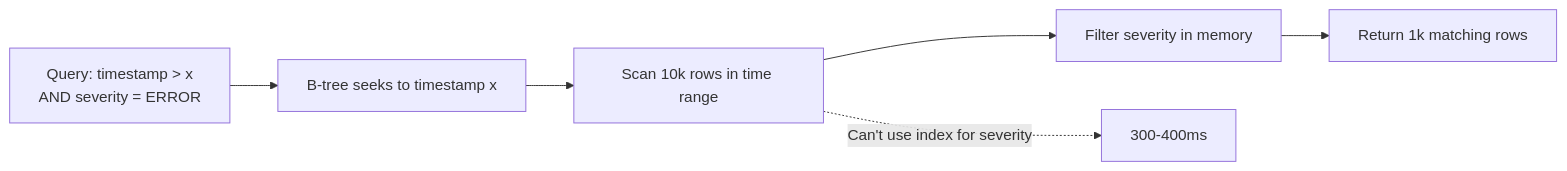
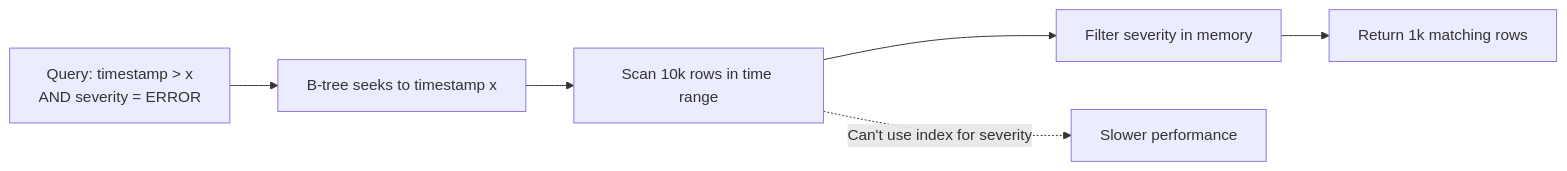
One commit to tuyentranba/log-management-dashboard changed the seventh of 12 diagrams in docs/technical_spec.md. Above: the diagram before and after it, drawn with Mermaid. The commit also changed other lines of this file, not shown here.

````diff
--- a/docs/technical_spec.md
+++ b/docs/technical_spec.md
@@ -239,8 +239,8 @@
 ```mermaid
 graph LR
     A[Query: timestamp > x<br/>AND severity = ERROR] --> B[B-tree seeks to timestamp x]
     B --> C[Scan 10k rows in time range]
     C --> D[Filter severity in memory]
     D --> E[Return 1k matching rows]
-    C -.->|"Can't use index for severity"| F[300-400ms]
+    C -.->|"Can't use index for severity"| F[Slower performance]
 ```
````
